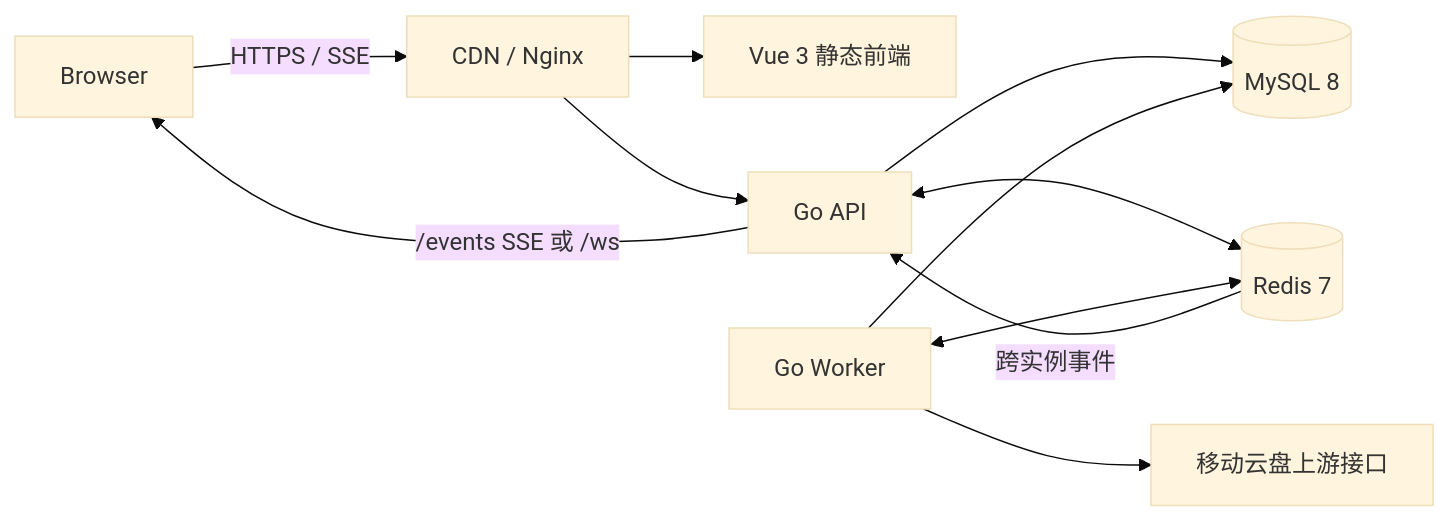
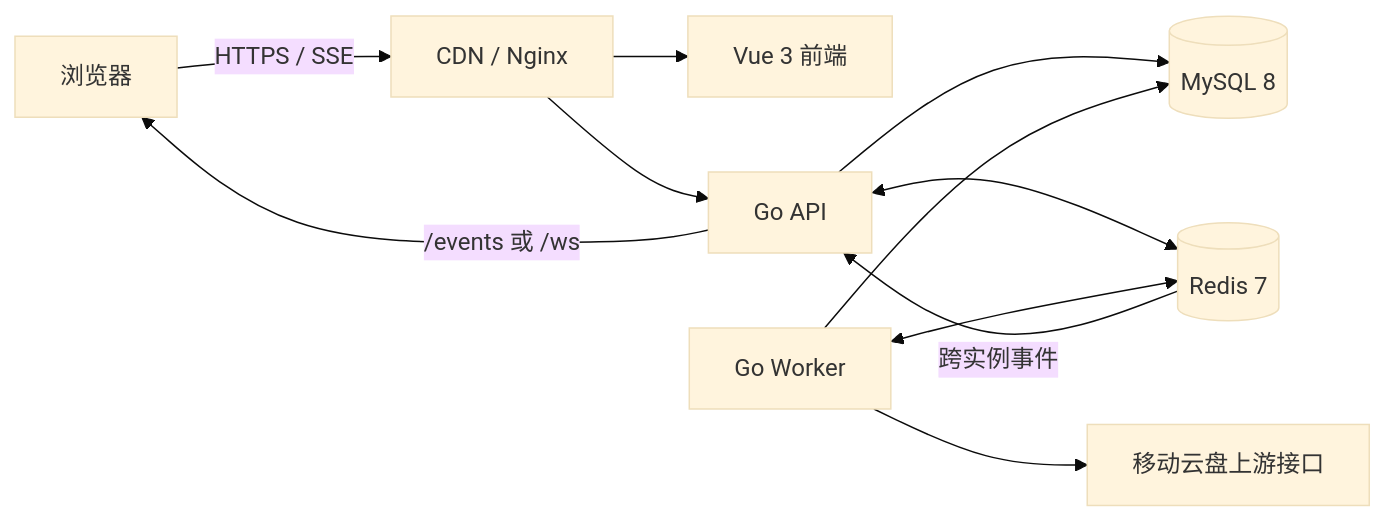
The diagram in README.md (3238614968/caiyun), drawn with Mermaid (base theme) before and after one commit. The commit also changed other lines of this file and 11 other files, not shown here.

````diff
--- a/README.md
+++ b/README.md
@@ -40,13 +42,13 @@
 ```mermaid
 flowchart LR
-  B[Browser] -->|HTTPS / SSE| C[CDN / Nginx]
-  C --> F[Vue 3 静态前端]
-  C --> A[Go API]
-  A --> M[(MySQL 8)]
-  A <--> R[(Redis 7)]
-  W[Go Worker] <--> R
-  W --> M
-  W --> U[移动云盘上游接口]
-  R -->|跨实例事件| A
-  A -->|/events SSE 或 /ws| B
+  Browser[浏览器] -->|HTTPS / SSE| Edge[CDN / Nginx]
+  Edge --> Frontend[Vue 3 前端]
+  Edge --> API[Go API]
+  API --> MySQL[(MySQL 8)]
+  API <--> Redis[(Redis 7)]
+  Worker[Go Worker] <--> Redis
+  Worker --> MySQL
+  Worker --> Upstream[移动云盘上游接口]
+  Redis -->|跨实例事件| API
+  API -->|/events 或 /ws| Browser
 ```
````
